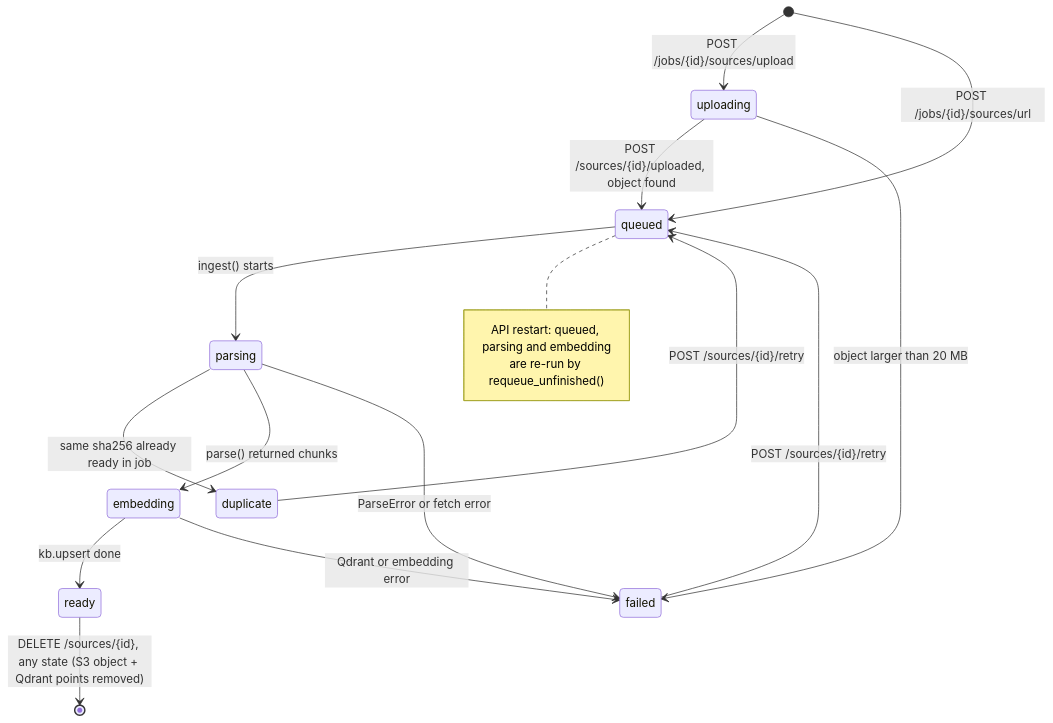
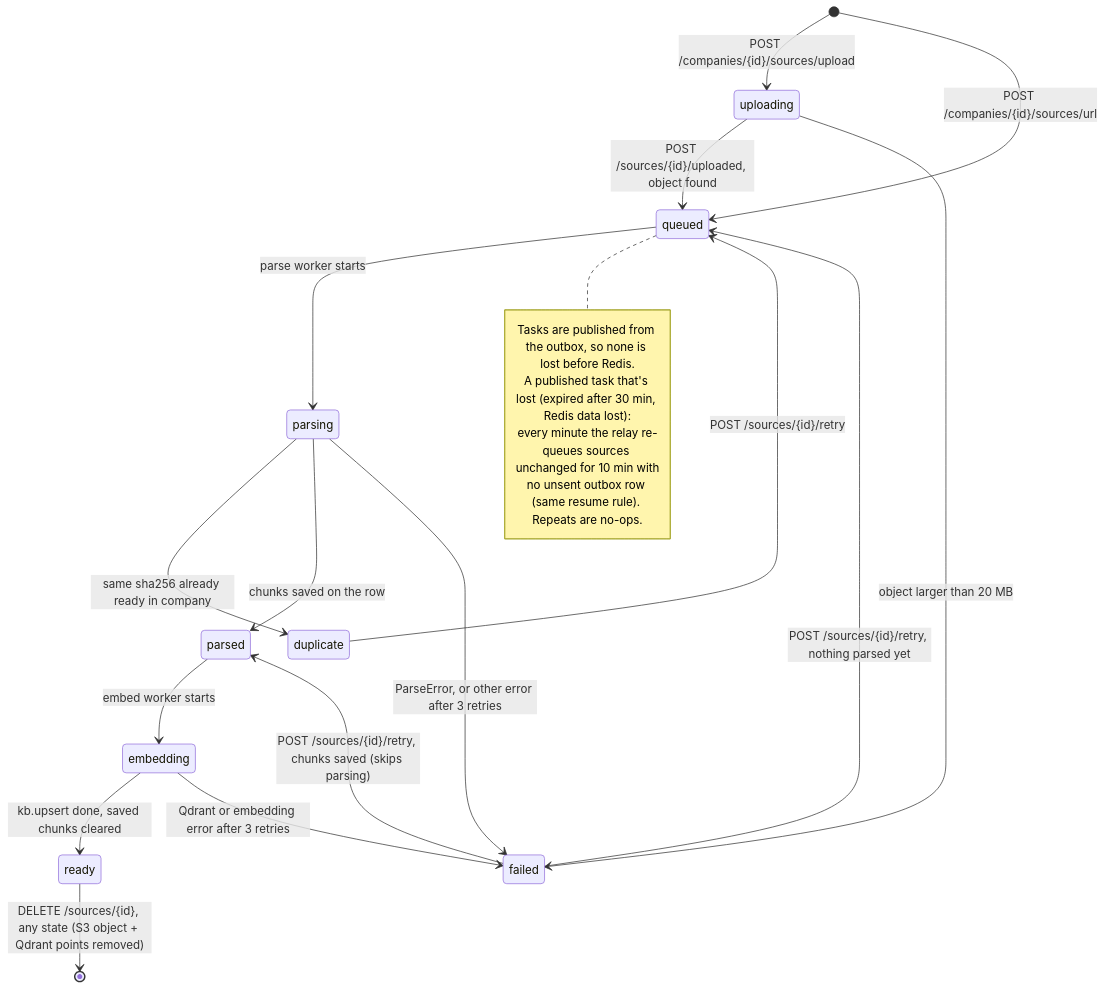
Before and after one commit to Debraj-Kundu/GURU-AI-INTERVIEWER: the third of 9 diagrams in README.md, drawn with Mermaid. The commit also changed other lines of this file and 47 other files, not shown here.

Commit message:
adds celery, redis, outbox and relay

````diff
--- a/README.md
+++ b/README.md
@@ -151,20 +174,24 @@
 ```mermaid
 stateDiagram-v2
-  [*] --> uploading : POST /jobs/{id}/sources/upload
-  [*] --> queued : POST /jobs/{id}/sources/url
+  [*] --> uploading : POST /companies/{id}/sources/upload
+  [*] --> queued : POST /companies/{id}/sources/url
   uploading --> queued : POST /sources/{id}/uploaded, object found
   uploading --> failed : object larger than 20 MB
-  queued --> parsing : ingest() starts
-  parsing --> duplicate : same sha256 already ready in job
-  parsing --> embedding : parse() returned chunks
-  parsing --> failed : ParseError or fetch error
-  embedding --> ready : kb.upsert done
-  embedding --> failed : Qdrant or embedding error
-  failed --> queued : POST /sources/{id}/retry
+  queued --> parsing : parse worker starts
+  parsing --> duplicate : same sha256 already ready in company
+  parsing --> parsed : chunks saved on the row
+  parsing --> failed : ParseError, or other error after 3 retries
+  parsed --> embedding : embed worker starts
+  embedding --> ready : kb.upsert done, saved chunks cleared
+  embedding --> failed : Qdrant or embedding error after 3 retries
+  failed --> queued : POST /sources/{id}/retry, nothing parsed yet
+  failed --> parsed : POST /sources/{id}/retry, chunks saved (skips parsing)
   duplicate --> queued : POST /sources/{id}/retry
   ready --> [*] : DELETE /sources/{id}, any state (S3 object + Qdrant points removed)
   note right of queued
-    API restart: queued, parsing and embedding
-    are re-run by requeue_unfinished()
+    Tasks are published from the outbox, so none is lost before Redis.
+    A published task that's lost (expired after 30 min, Redis data lost):
+    every minute the relay re-queues sources unchanged for 10 min with
+    no unsent outbox row (same resume rule). Repeats are no-ops.
   end note
 ```
````
